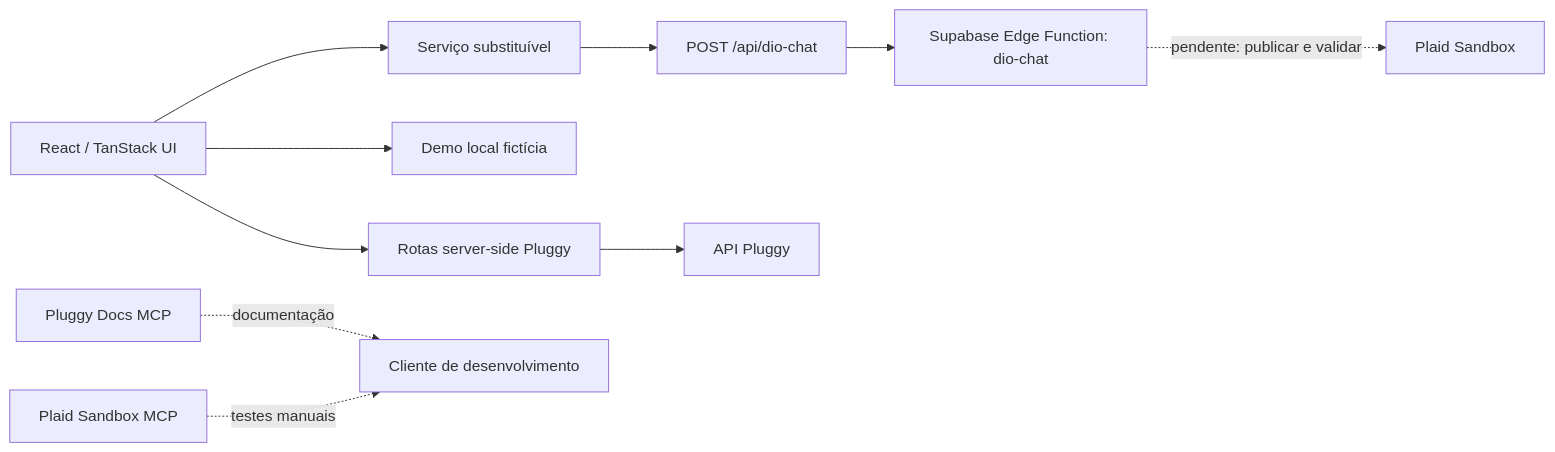
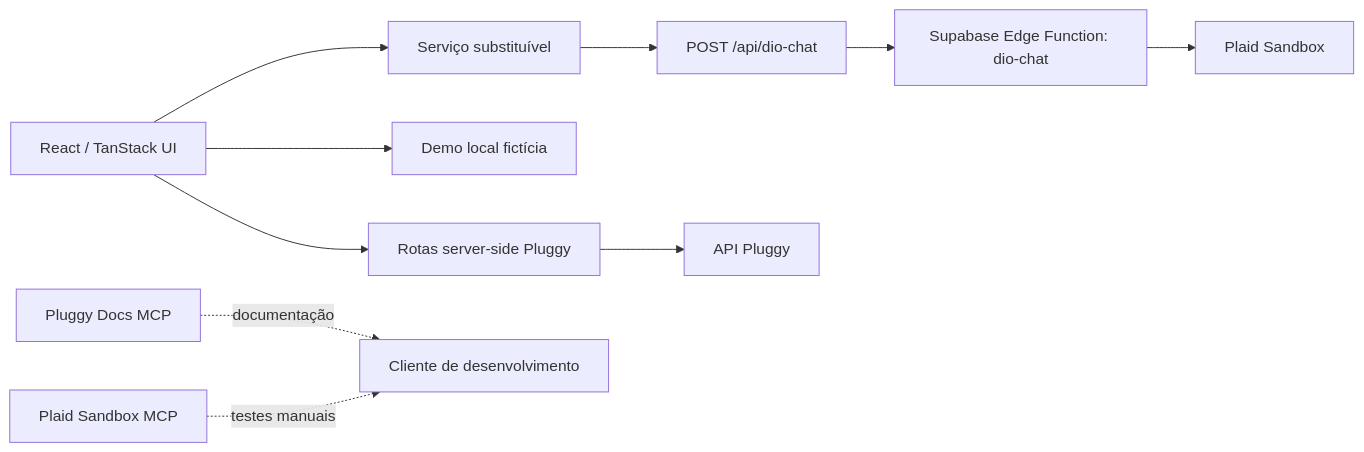
One commit to valquiria87/nexora-finance changed the diagram in README.md. Above: the diagram before and after it, drawn with Mermaid. The commit also changed other lines of this file and 28 other files, not shown here.

````diff
--- a/README.md
+++ b/README.md
@@ -34,12 +38,12 @@
 ```mermaid
 flowchart LR
   Browser["React / TanStack UI"] --> ChatService["Serviço substituível"]
   ChatService --> DioRoute["POST /api/dio-chat"]
   DioRoute --> Supabase["Supabase Edge Function: dio-chat"]
-  Supabase -. "pendente: publicar e validar" .-> Plaid["Plaid Sandbox"]
+  Supabase --> Plaid["Plaid Sandbox"]
   Browser --> Demo["Demo local fictícia"]
   Browser --> PluggyRoutes["Rotas server-side Pluggy"]
   PluggyRoutes --> PluggyAPI["API Pluggy"]
   PluggyMCP["Pluggy Docs MCP"] -. "documentação" .-> DevAI["Cliente de desenvolvimento"]
   PlaidMCP["Plaid Sandbox MCP"] -. "testes manuais" .-> DevAI
 ```
````
